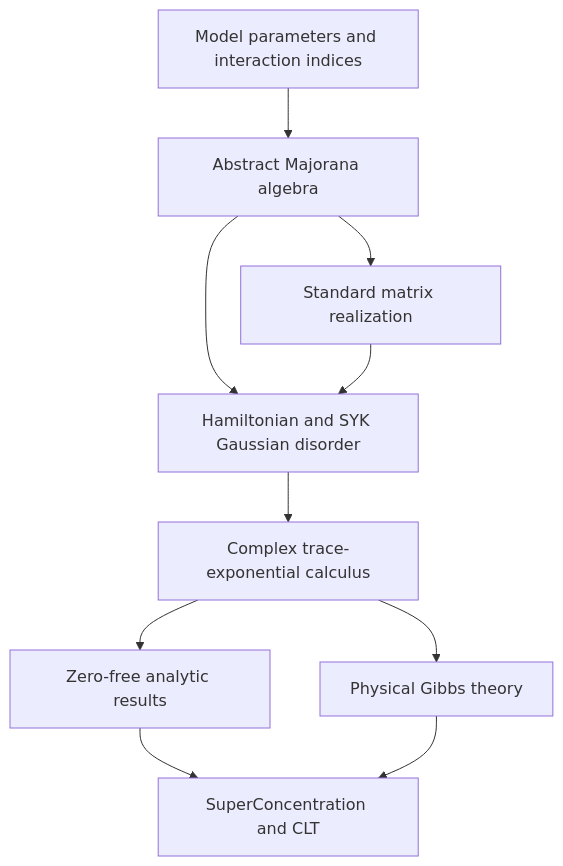
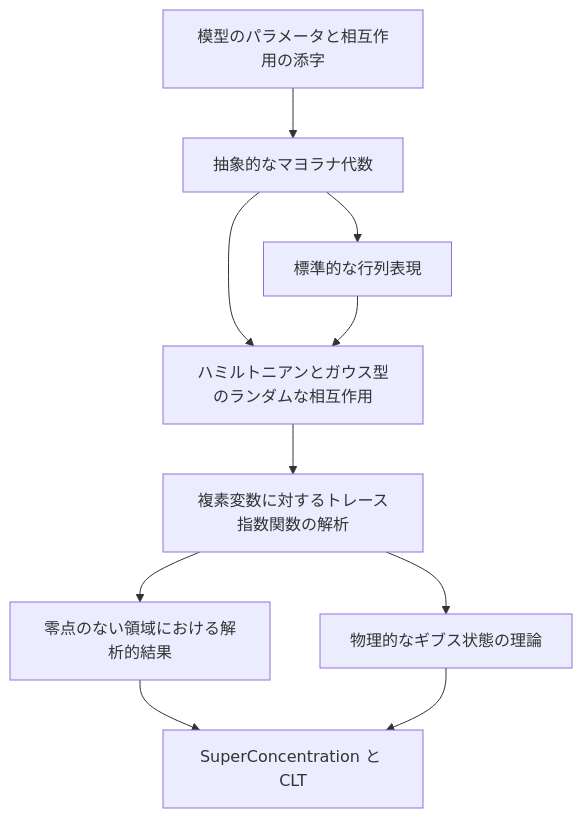
The diagram in SYK_model/ARCHITECTURE.md (TokyoProbabilityGroup/SYK_CLT), drawn with Mermaid before and after one commit. The commit also changed other lines of this file and 11 other files, not shown here.

````diff
--- a/SYK_model/ARCHITECTURE.md
+++ b/SYK_model/ARCHITECTURE.md
@@ -47,21 +57,21 @@
 ```mermaid
 flowchart TD
-    params["Model parameters and interaction indices"]
-    abstract["Abstract Majorana algebra"]
-    concrete["Standard matrix realization"]
-    hamiltonian["Hamiltonian and SYK Gaussian disorder"]
-    analytic["Complex trace-exponential calculus"]
-    zeroFree["Zero-free analytic results"]
-    physical["Physical Gibbs theory"]
-    consumers["SuperConcentration and CLT"]
+    params["模型のパラメータと相互作用の添字"]
+    abstract["抽象的なマヨラナ代数"]
+    concrete["標準的な行列表現"]
+    hamiltonian["ハミルトニアンとガウス型のランダムな相互作用"]
+    analytic["複素変数に対するトレース指数関数の解析"]
+    zeroFree["零点のない領域における解析的結果"]
+    physical["物理的なギブス状態の理論"]
+    consumers["SuperConcentration と CLT"]
 
     params --> abstract
     abstract --> concrete
     abstract --> hamiltonian
     concrete --> hamiltonian
     hamiltonian --> analytic
     analytic --> zeroFree
     analytic --> physical
     zeroFree --> consumers
     physical --> consumers
 ```
````
